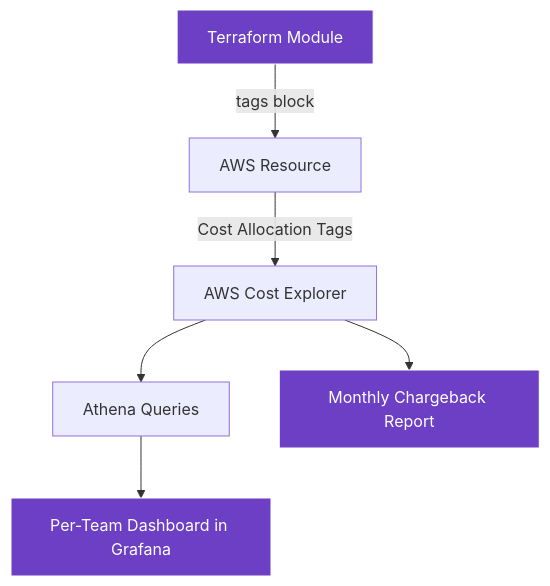
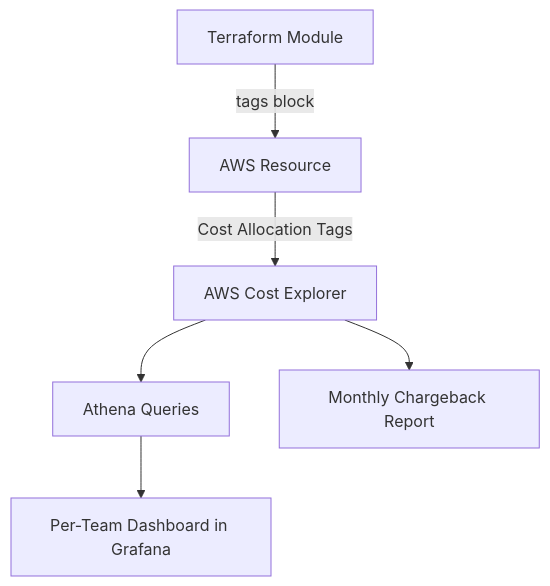
The first of 3 diagrams in 04-infrastructure-and-cloud/05-finops.md (rishikeshdhokare/platform-manifesto), drawn with Mermaid before and after one commit. The commit also changed other lines of this file and 14 other files, not shown here.

First line of the commit message:
fix: remove mermaid style directives (119 lines across 15 files)

````diff
--- a/04-infrastructure-and-cloud/05-finops.md
+++ b/04-infrastructure-and-cloud/05-finops.md
@@ -52,12 +52,9 @@
 ```mermaid
 flowchart TD
     A[Terraform Module] -->|tags block| B[AWS Resource]
     B -->|Cost Allocation Tags| C[AWS Cost Explorer]
     C --> D[Athena Queries]
     D --> E[Per-Team Dashboard in Grafana]
     C --> F[Monthly Chargeback Report]
 
-    style A fill:#6C3FC5,stroke:#fff,color:#fff
-    style E fill:#6C3FC5,stroke:#fff,color:#fff
-    style F fill:#6C3FC5,stroke:#fff,color:#fff
 ```
````
